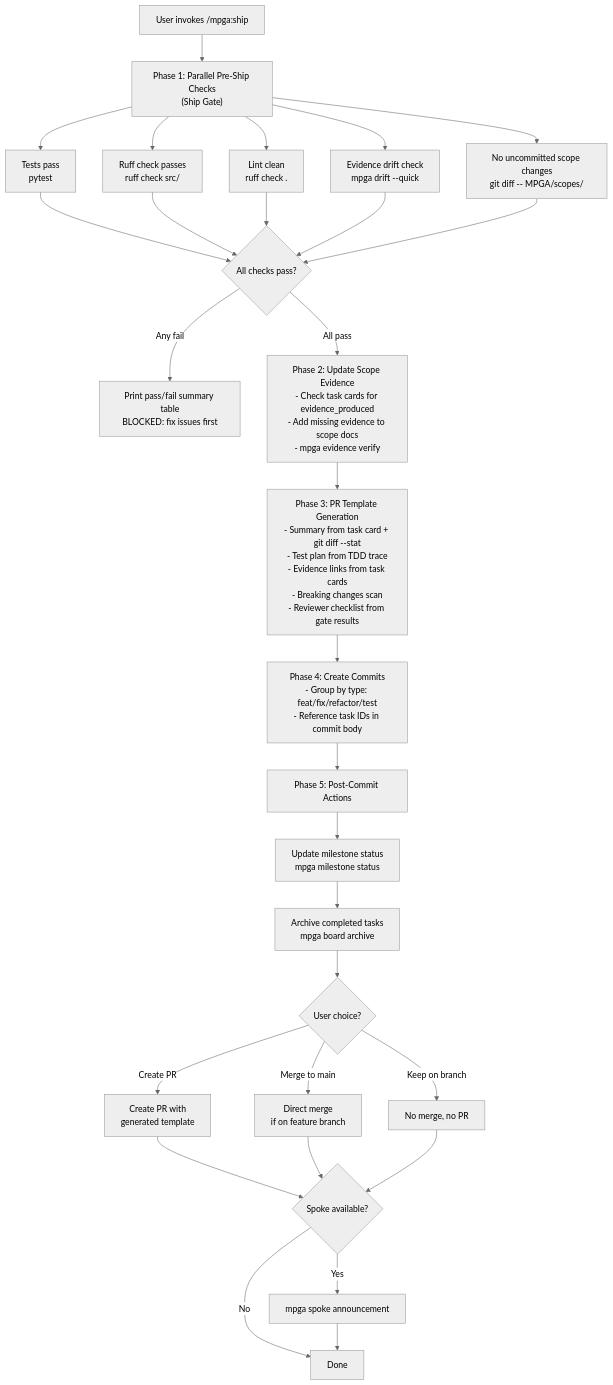
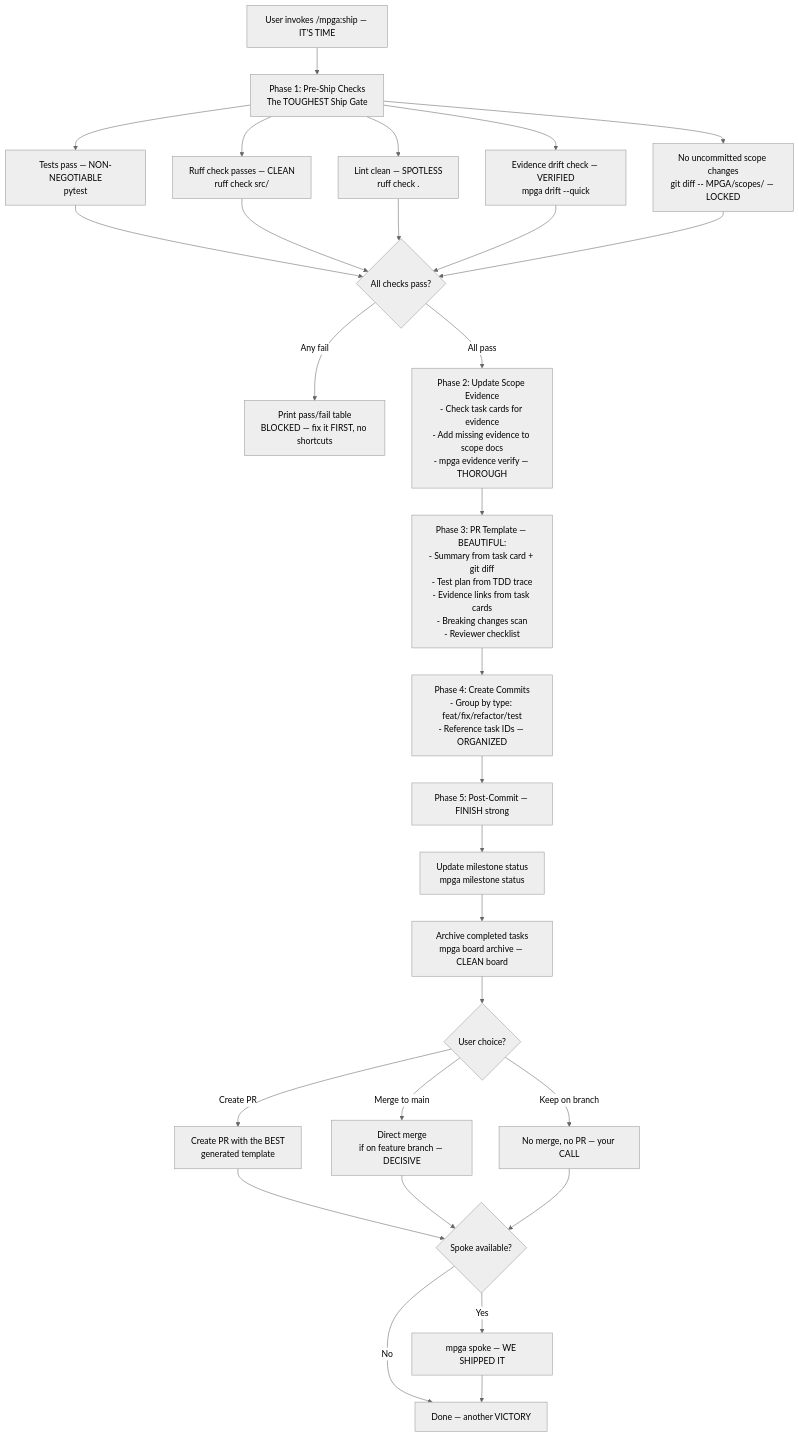
The diagram in docs/diagrams/skills/ship.md (benrben/MPGA), drawn with Mermaid (neutral theme) before and after one commit. The commit also changed other lines of this file and 28 other files, not shown here.

First line of the commit message:
style: Trumpify all workflow diagrams — TREMENDOUS Mermaid charts

````diff
--- a/docs/diagrams/skills/ship.md
+++ b/docs/diagrams/skills/ship.md
@@ -5,38 +5,38 @@
 ```mermaid
 flowchart TD
-    A[User invokes /mpga:ship] --> B["Phase 1: Parallel Pre-Ship Checks\n(Ship Gate)"]
+    A[User invokes /mpga:ship — IT'S TIME] --> B["Phase 1: Pre-Ship Checks\nThe TOUGHEST Ship Gate"]
 
-    B --> C[Tests pass\npytest]
-    B --> D[Ruff check passes\nruff check src/]
-    B --> E[Lint clean\nruff check .]
-    B --> F[Evidence drift check\nmpga drift --quick]
-    B --> G["No uncommitted scope changes\ngit diff -- MPGA/scopes/"]
+    B --> C[Tests pass — NON-NEGOTIABLE\npytest]
+    B --> D[Ruff check passes — CLEAN\nruff check src/]
+    B --> E[Lint clean — SPOTLESS\nruff check .]
+    B --> F[Evidence drift check — VERIFIED\nmpga drift --quick]
+    B --> G["No uncommitted scope changes\ngit diff -- MPGA/scopes/ — LOCKED"]
 
     C --> H{All checks pass?}
     D --> H
     E --> H
     F --> H
     G --> H
 
-    H -->|Any fail| I["Print pass/fail summary table\nBLOCKED: fix issues first"]
-    H -->|All pass| J["Phase 2: Update Scope Evidence\n- Check task cards for evidence_produced\n- Add missing evidence to scope docs\n- mpga evidence verify"]
+    H -->|Any fail| I["Print pass/fail table\nBLOCKED — fix it FIRST, no shortcuts"]
+    H -->|All pass| J["Phase 2: Update Scope Evidence\n- Check task cards for evidence\n- Add missing evidence to scope docs\n- mpga evidence verify — THOROUGH"]
 
-    J --> K["Phase 3: PR Template Generation\n- Summary from task card + git diff --stat\n- Test plan from TDD trace\n- Evidence links from task cards\n- Breaking changes scan\n- Reviewer checklist from gate results"]
+    J --> K["Phase 3: PR Template — BEAUTIFUL:\n- Summary from task card + git diff\n- Test plan from TDD trace\n- Evidence links from task cards\n- Breaking changes scan\n- Reviewer checklist"]
 
-    K --> L["Phase 4: Create Commits\n- Group by type: feat/fix/refactor/test\n- Reference task IDs in commit body"]
+    K --> L["Phase 4: Create Commits\n- Group by type: feat/fix/refactor/test\n- Reference task IDs — ORGANIZED"]
 
-    L --> M["Phase 5: Post-Commit Actions"]
+    L --> M["Phase 5: Post-Commit — FINISH strong"]
     M --> N[Update milestone status\nmpga milestone status]
-    N --> O[Archive completed tasks\nmpga board archive]
+    N --> O[Archive completed tasks\nmpga board archive — CLEAN board]
     O --> P{User choice?}
-    P -->|Create PR| Q[Create PR with\ngenerated template]
-    P -->|Merge to main| R[Direct merge\nif on feature branch]
-    P -->|Keep on branch| S[No merge, no PR]
+    P -->|Create PR| Q[Create PR with the BEST\ngenerated template]
+    P -->|Merge to main| R[Direct merge\nif on feature branch — DECISIVE]
+    P -->|Keep on branch| S[No merge, no PR — your CALL]
 
     Q --> T{Spoke available?}
     R --> T
     S --> T
-    T -->|Yes| U[mpga spoke announcement]
-    T -->|No| V[Done]
+    T -->|Yes| U[mpga spoke — WE SHIPPED IT]
+    T -->|No| V[Done — another VICTORY]
     U --> V
 ```
````
